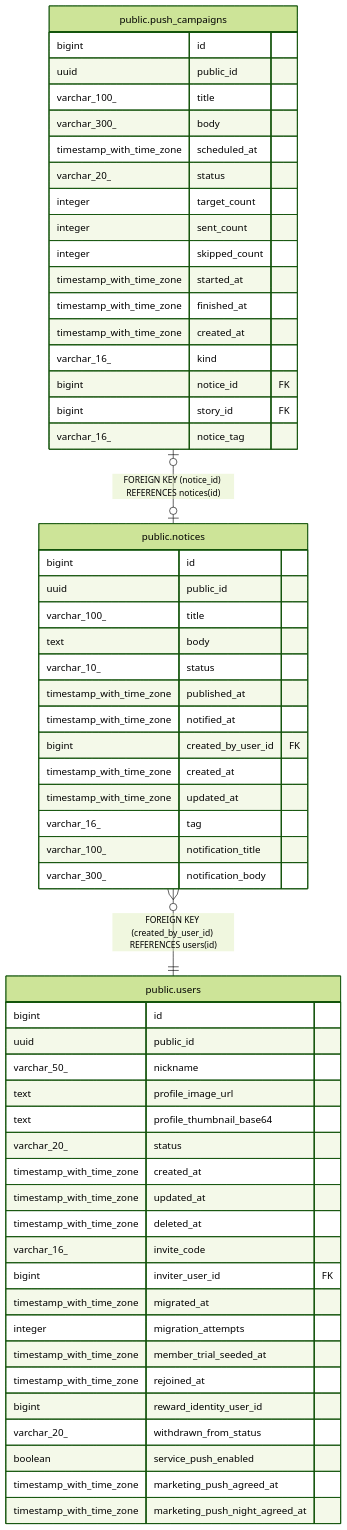
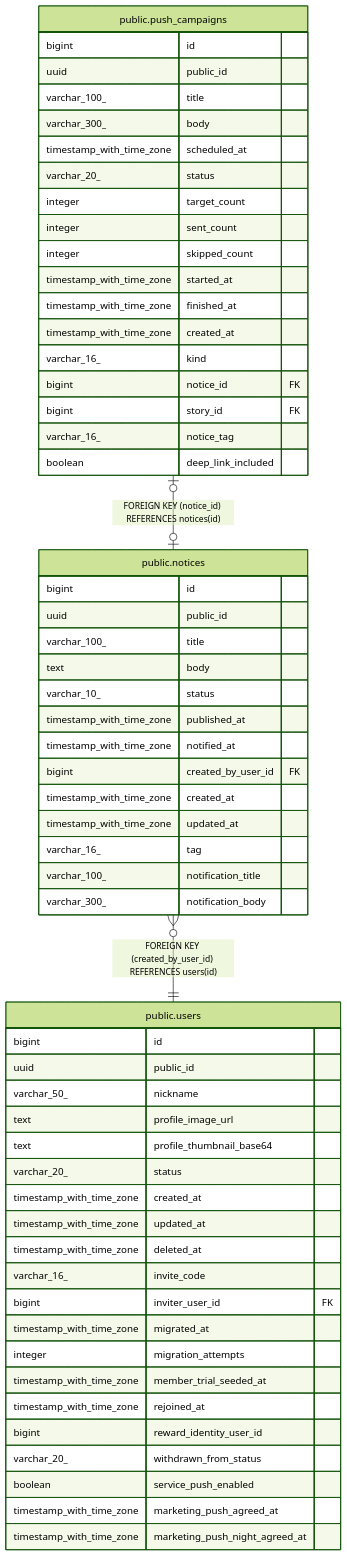
One commit to KIM-N-KANG/manyak-server changed the diagram in dbdoc/public.notices.md. Above: the diagram before and after it, drawn with Mermaid (forest theme). The commit also changed 26 other files, not shown here.

````diff
--- a/dbdoc/public.notices.md
+++ b/dbdoc/public.notices.md
@@ -50,62 +50,63 @@
 ```mermaid
 erDiagram
 
 "public.push_campaigns" |o--o| "public.notices" : "FOREIGN KEY (notice_id) REFERENCES notices(id)"
 "public.notices" }o--|| "public.users" : "FOREIGN KEY (created_by_user_id) REFERENCES users(id)"
 
 "public.notices" {
   bigint id
   uuid public_id
   varchar_100_ title
   text body
   varchar_10_ status
   timestamp_with_time_zone published_at
   timestamp_with_time_zone notified_at
   bigint created_by_user_id FK
   timestamp_with_time_zone created_at
   timestamp_with_time_zone updated_at
   varchar_16_ tag
   varchar_100_ notification_title
   varchar_300_ notification_body
 }
 "public.push_campaigns" {
   bigint id
   uuid public_id
   varchar_100_ title
   varchar_300_ body
   timestamp_with_time_zone scheduled_at
   varchar_20_ status
   integer target_count
   integer sent_count
   integer skipped_count
   timestamp_with_time_zone started_at
   timestamp_with_time_zone finished_at
   timestamp_with_time_zone created_at
   varchar_16_ kind
   bigint notice_id FK
   bigint story_id FK
   varchar_16_ notice_tag
+  boolean deep_link_included
 }
 "public.users" {
   bigint id
   uuid public_id
   varchar_50_ nickname
   text profile_image_url
   text profile_thumbnail_base64
   varchar_20_ status
   timestamp_with_time_zone created_at
   timestamp_with_time_zone updated_at
   timestamp_with_time_zone deleted_at
   varchar_16_ invite_code
   bigint inviter_user_id FK
   timestamp_with_time_zone migrated_at
   integer migration_attempts
   timestamp_with_time_zone member_trial_seeded_at
   timestamp_with_time_zone rejoined_at
   bigint reward_identity_user_id
   varchar_20_ withdrawn_from_status
   boolean service_push_enabled
   timestamp_with_time_zone marketing_push_agreed_at
   timestamp_with_time_zone marketing_push_night_agreed_at
 }
 ```
````
